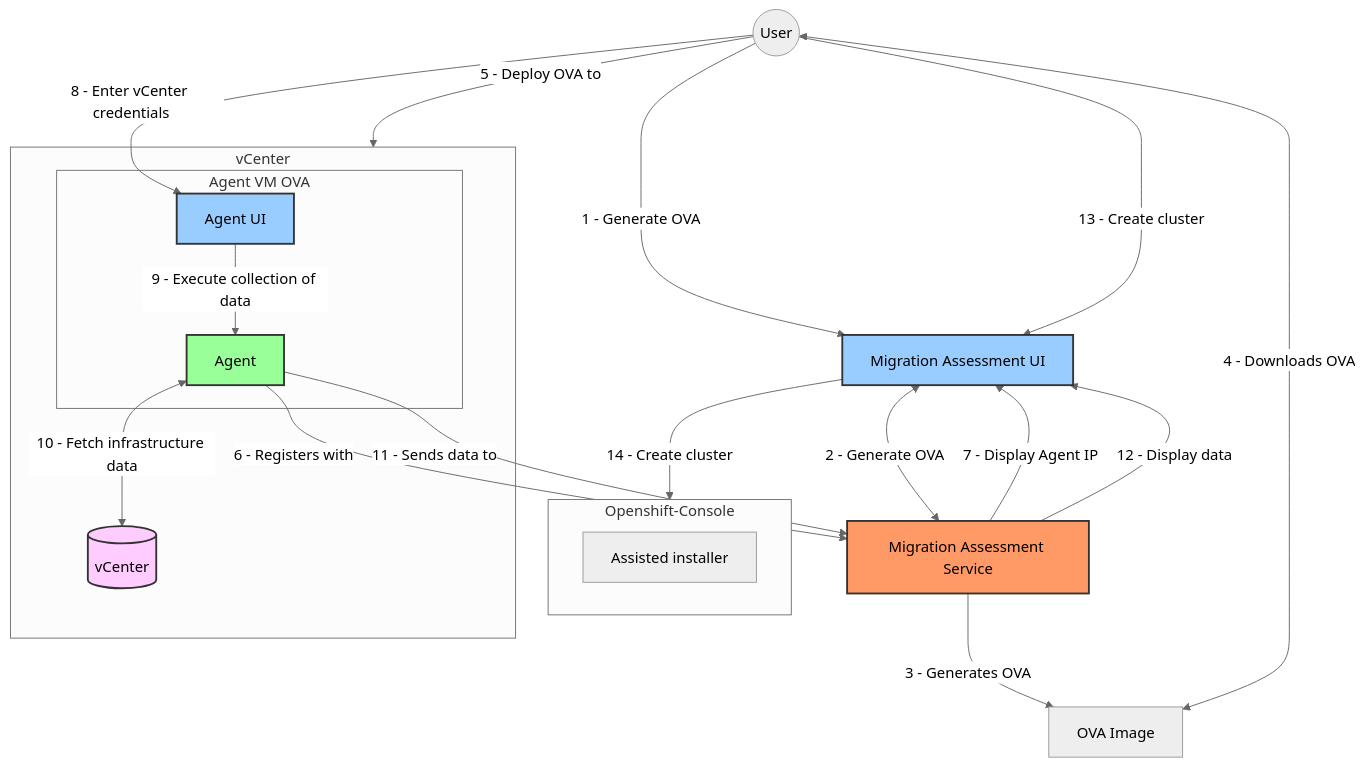
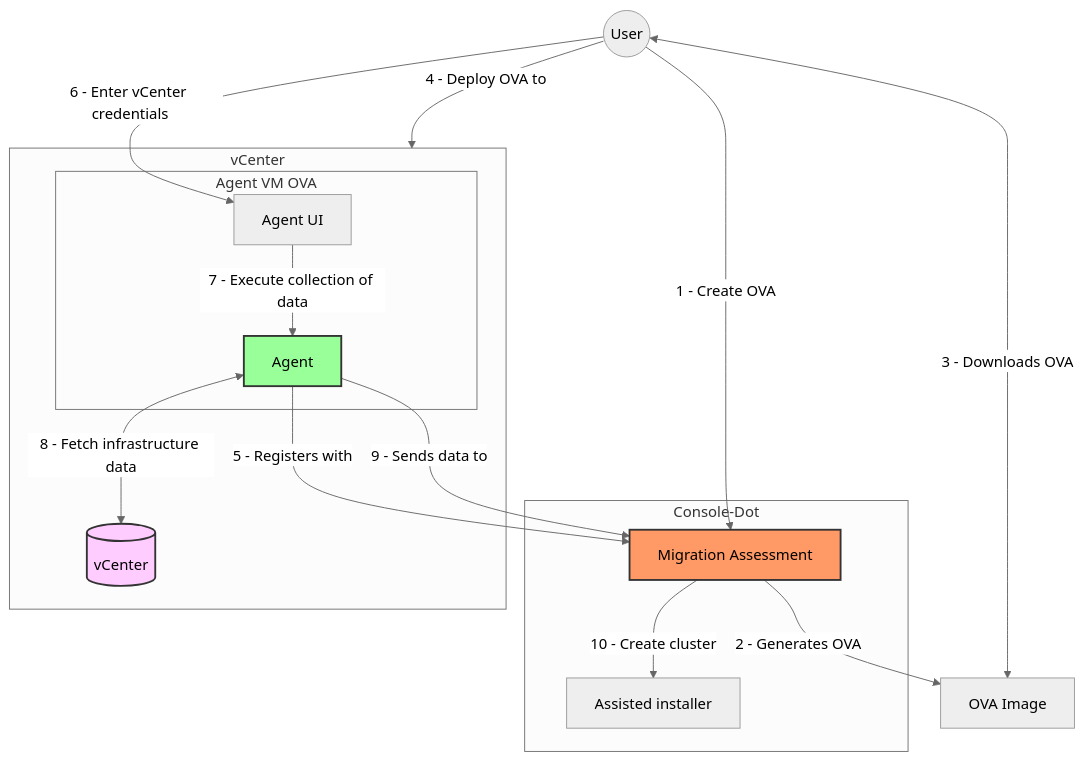
Before and after one commit to kubev2v/migration-planner: the diagram in doc/img/flow.mmd, drawn with Mermaid (neutral theme). The commit also changed 2 other files, not shown here.

Commit message:
Fix flow chart

```diff
--- a/doc/img/flow.mmd
+++ b/doc/img/flow.mmd
@@ -1,46 +1,41 @@
 graph TB
     User((User))
-    MainUI[Migration Assessment UI]
-    Service[Migration Assessment Service]
+    Service[Migration Assessment]
     AgentUI[Agent UI]
     OVA[OVA Image]
     Agent[Agent]
     VCenter[(vCenter)]
-    Console[Assisted installer]
+    AI[Assisted installer]
     
-    subgraph Openshift-Console
-        Console
+    subgraph Console-Dot
+        AI
+        Service
     end
 
     subgraph vCenter
         VCenter
         subgraph Agent VM OVA
             AgentUI
             Agent
         end
     end
     
-    User-->| 1 - Generate OVA| MainUI
-    MainUI<--> |2 - Generate OVA| Service
-    Service-->|3 - Generates OVA| OVA
-    User<-->|4 - Downloads OVA| OVA
-    User-->|5 - Deploy OVA to| vCenter
-    Agent-->|6 - Registers with| Service
-    Service-->|7 - Display Agent IP| MainUI
-    User-->|8 - Enter vCenter credentials| AgentUI
-    AgentUI-->|9 - Execute collection of data | Agent
-    Agent<-->|10 - Fetch infrastructure data| VCenter
-    Agent-->|11 - Sends data to| Service
-    Service-->|12 - Display data| MainUI
-    User-->|13 - Create cluster | MainUI
-    MainUI-->|14 - Create cluster | Openshift-Console
+    User-->| 1 - Create OVA| Service
+    Service-->|2 - Generates OVA| OVA
+    User<-->|3 - Downloads OVA| OVA
+    User-->|4 - Deploy OVA to| vCenter
+    Agent-->|5 - Registers with| Service
+    User-->|6 - Enter vCenter credentials| AgentUI
+    AgentUI-->|7 - Execute collection of data | Agent
+    Agent<-->|8 - Fetch infrastructure data| VCenter
+    Agent-->|9 - Sends data to| Service
+    Service-->|10 - Create cluster | AI
 
     classDef service fill:#f96,stroke:#333,stroke-width:2px
     classDef ui fill:#9cf,stroke:#333,stroke-width:2px
     classDef agent fill:#9f9,stroke:#333,stroke-width:2px
     classDef infra fill:#fcf,stroke:#333,stroke-width:2px
     
     class Service service
-    class MainUI,AgentUI ui
     class Agent agent
     class VCenter infra
```
